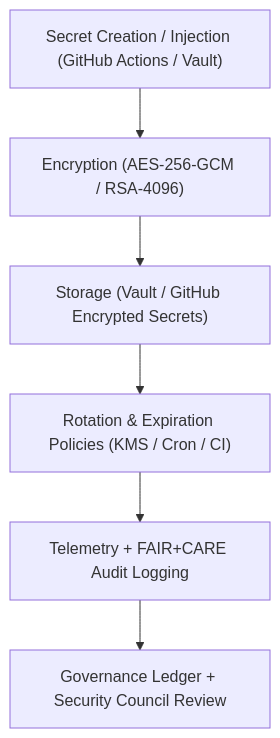
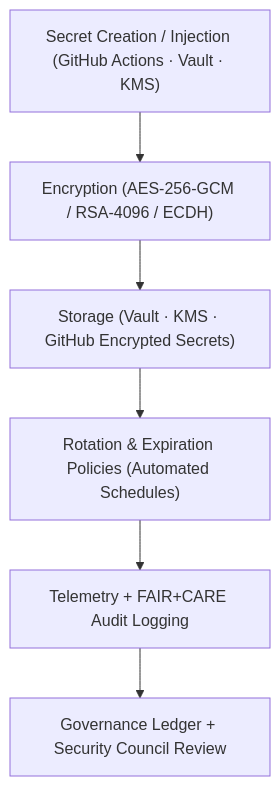
Before and after one commit to bartytime4life/Kansas-Frontier-Matrix: the diagram in docs/security/secrets-policy.md, drawn with Mermaid. The commit also changed other lines of this file, not shown here.

````diff
--- a/docs/security/secrets-policy.md
+++ b/docs/security/secrets-policy.md
@@ -63,8 +75,8 @@
 ```mermaid
 flowchart TD
-  A["Secret Creation / Injection (GitHub Actions / Vault)"] --> B["Encryption (AES-256-GCM / RSA-4096)"]
-  B --> C["Storage (Vault / GitHub Encrypted Secrets)"]
-  C --> D["Rotation & Expiration Policies (KMS / Cron / CI)"]
+  A["Secret Creation / Injection (GitHub Actions · Vault · KMS)"] --> B["Encryption (AES-256-GCM / RSA-4096 / ECDH)"]
+  B --> C["Storage (Vault · KMS · GitHub Encrypted Secrets)"]
+  C --> D["Rotation & Expiration Policies (Automated Schedules)"]
   D --> E["Telemetry + FAIR+CARE Audit Logging"]
   E --> F["Governance Ledger + Security Council Review"]
 ```
````
